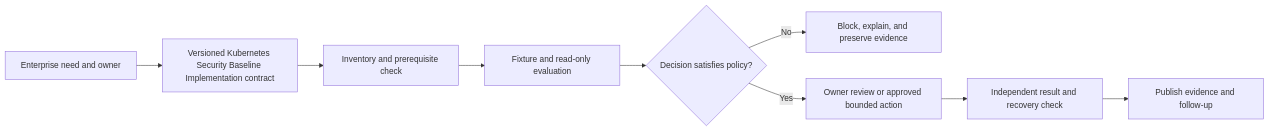
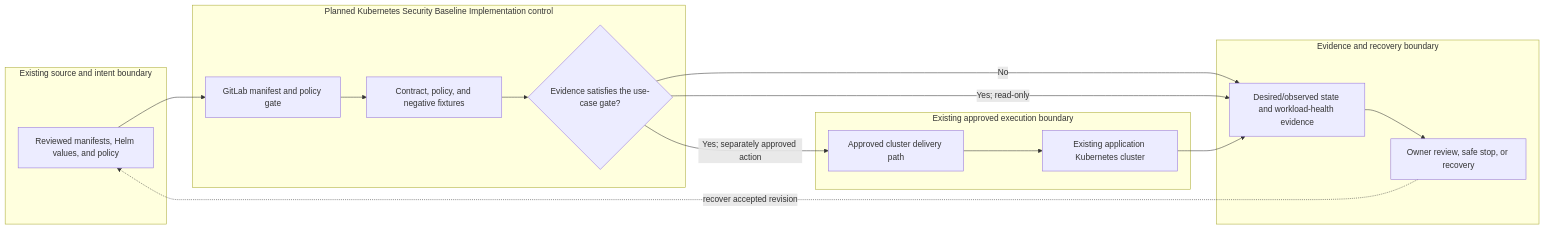
One commit to MIDHTECH/enterprise-architecture-docs changed the diagram in docs/use-cases/kubernetes/UC-K8S-006-kubernetes-security-baseline-implementation.md. Above: the diagram before and after it, drawn with Mermaid. The commit also changed other lines of this file and 227 other files, not shown here.

Commit message:
Deepen architecture for all use case designs

````diff
--- a/docs/use-cases/kubernetes/UC-K8S-006-kubernetes-security-baseline-implementation.md
+++ b/docs/use-cases/kubernetes/UC-K8S-006-kubernetes-security-baseline-implementation.md
@@ -136,11 +129,25 @@
 ```mermaid
 flowchart LR
-    Need["Enterprise need and owner"] --> Contract["Versioned Kubernetes Security Baseline Implementation contract"]
-    Contract --> Preflight["Inventory and prerequisite check"]
-    Preflight --> Evaluate["Fixture and read-only evaluation"]
-    Evaluate --> Decision{"Decision satisfies policy?"}
-    Decision -->|No| Stop["Block, explain, and preserve evidence"]
-    Decision -->|Yes| Review["Owner review or approved bounded action"]
-    Review --> Verify["Independent result and recovery check"]
-    Verify --> Publish["Publish evidence and follow-up"]
+    subgraph Source["Existing source and intent boundary"]
+        A["Reviewed manifests, Helm values, and policy"]
+    end
+    subgraph Planned["Planned Kubernetes Security Baseline Implementation control"]
+        B["GitLab manifest and policy gate"]
+        C["Contract, policy, and negative fixtures"]
+        D{"Evidence satisfies the use-case gate?"}
+    end
+    subgraph Runtime["Existing approved execution boundary"]
+        E["Approved cluster delivery path"]
+        F["Existing application Kubernetes cluster"]
+    end
+    subgraph Assurance["Evidence and recovery boundary"]
+        G["Desired/observed state and workload-health evidence"]
+        H["Owner review, safe stop, or recovery"]
+    end
+
+    A --> B --> C --> D
+    D -->|No| G --> H
+    D -->|Yes; read-only| G
+    D -->|Yes; separately approved action| E --> F --> G
+    H -. recover accepted revision .-> A
 ```
````
